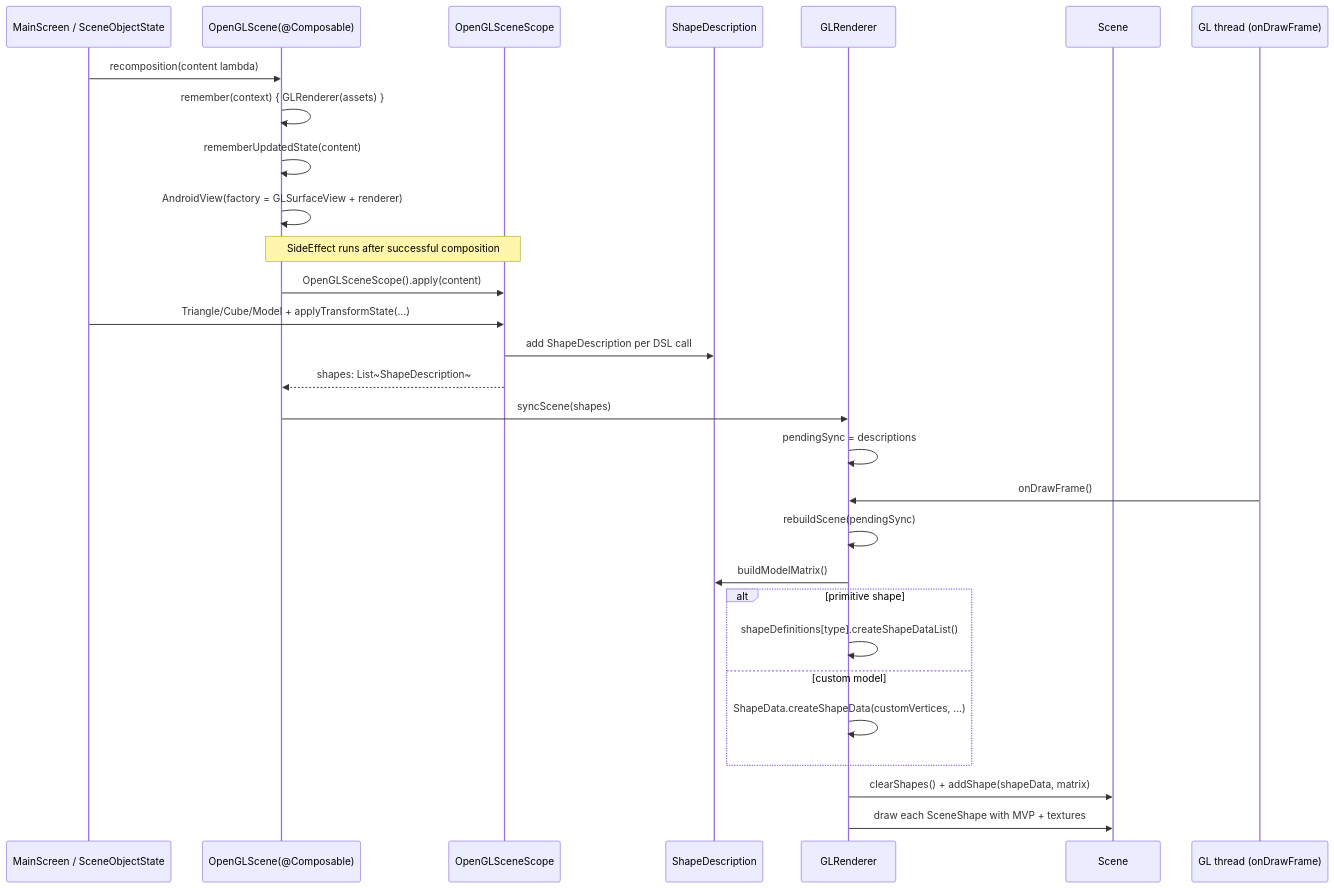
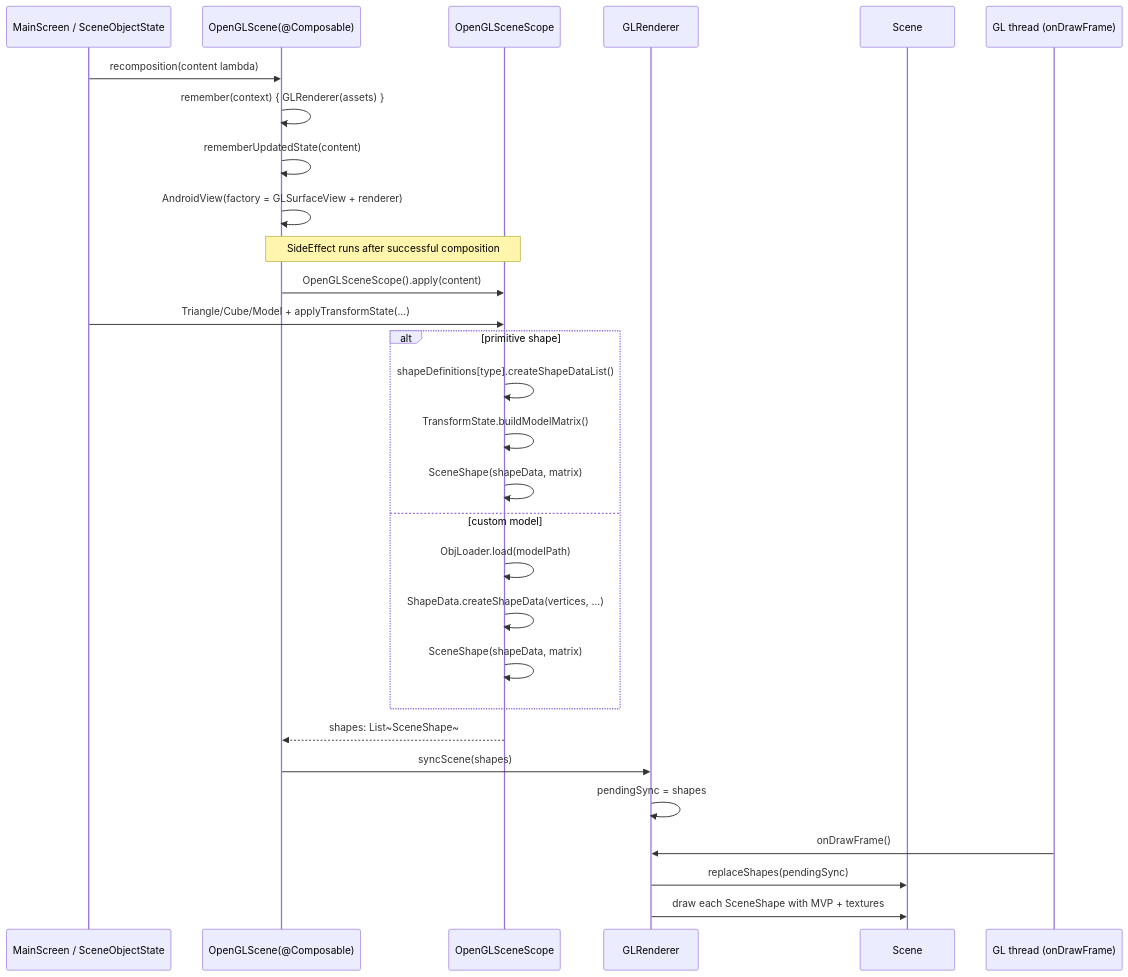
The diagram in docs/uml/02-compose-to-gl-sync.md (hr5h/GLViz), drawn with Mermaid before and after one commit. The commit also changed 10 other files, not shown here.

Commit message:
deleted ShapeDescription

````diff
--- a/docs/uml/02-compose-to-gl-sync.md
+++ b/docs/uml/02-compose-to-gl-sync.md
@@ -3,34 +3,34 @@
 ```mermaid
 sequenceDiagram
 participant UI as MainScreen / SceneObjectState
 participant OGS as OpenGLScene(@Composable)
 participant Scope as OpenGLSceneScope
-participant Desc as ShapeDescription
 participant Renderer as GLRenderer
 participant Scene as Scene
 participant GL as GL thread (onDrawFrame)
 
 UI->>OGS: recomposition(content lambda)
 OGS->>OGS: remember(context) { GLRenderer(assets) }
 OGS->>OGS: rememberUpdatedState(content)
 OGS->>OGS: AndroidView(factory = GLSurfaceView + renderer)
 
 Note over OGS,Scope: SideEffect runs after successful composition
 OGS->>Scope: OpenGLSceneScope().apply(content)
 UI->>Scope: Triangle/Cube/Model + applyTransformState(...)
-Scope->>Desc: add ShapeDescription per DSL call
-Scope-->>OGS: shapes: List~ShapeDescription~
+alt primitive shape
+  Scope->>Scope: shapeDefinitions[type].createShapeDataList()
+  Scope->>Scope: TransformState.buildModelMatrix()
+  Scope->>Scope: SceneShape(shapeData, matrix)
+else custom model
+  Scope->>Scope: ObjLoader.load(modelPath)
+  Scope->>Scope: ShapeData.createShapeData(vertices, ...)
+  Scope->>Scope: SceneShape(shapeData, matrix)
+end
+Scope-->>OGS: shapes: List~SceneShape~
 OGS->>Renderer: syncScene(shapes)
-Renderer->>Renderer: pendingSync = descriptions
+Renderer->>Renderer: pendingSync = shapes
 
 GL->>Renderer: onDrawFrame()
-Renderer->>Renderer: rebuildScene(pendingSync)
-Renderer->>Desc: buildModelMatrix()
-alt primitive shape
-  Renderer->>Renderer: shapeDefinitions[type].createShapeDataList()
-else custom model
-  Renderer->>Renderer: ShapeData.createShapeData(customVertices, ...)
-end
-Renderer->>Scene: clearShapes() + addShape(shapeData, matrix)
+Renderer->>Scene: replaceShapes(pendingSync)
 Renderer->>Scene: draw each SceneShape with MVP + textures
 ```
````
